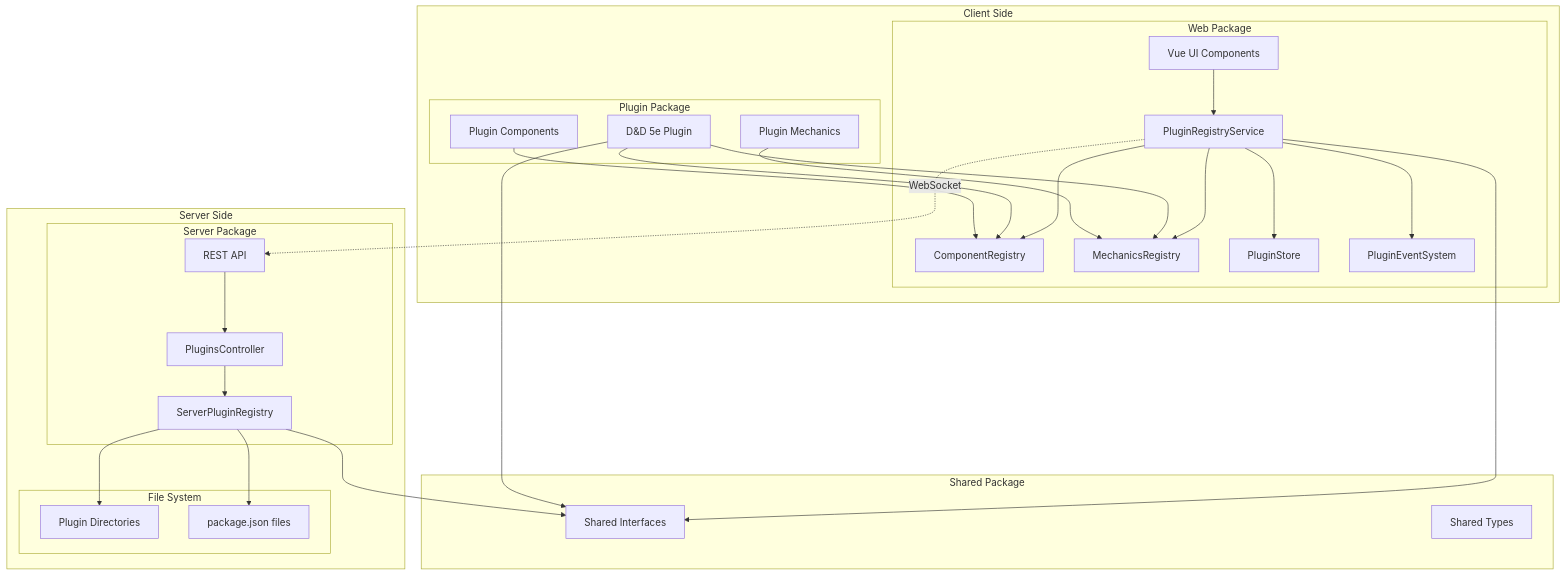
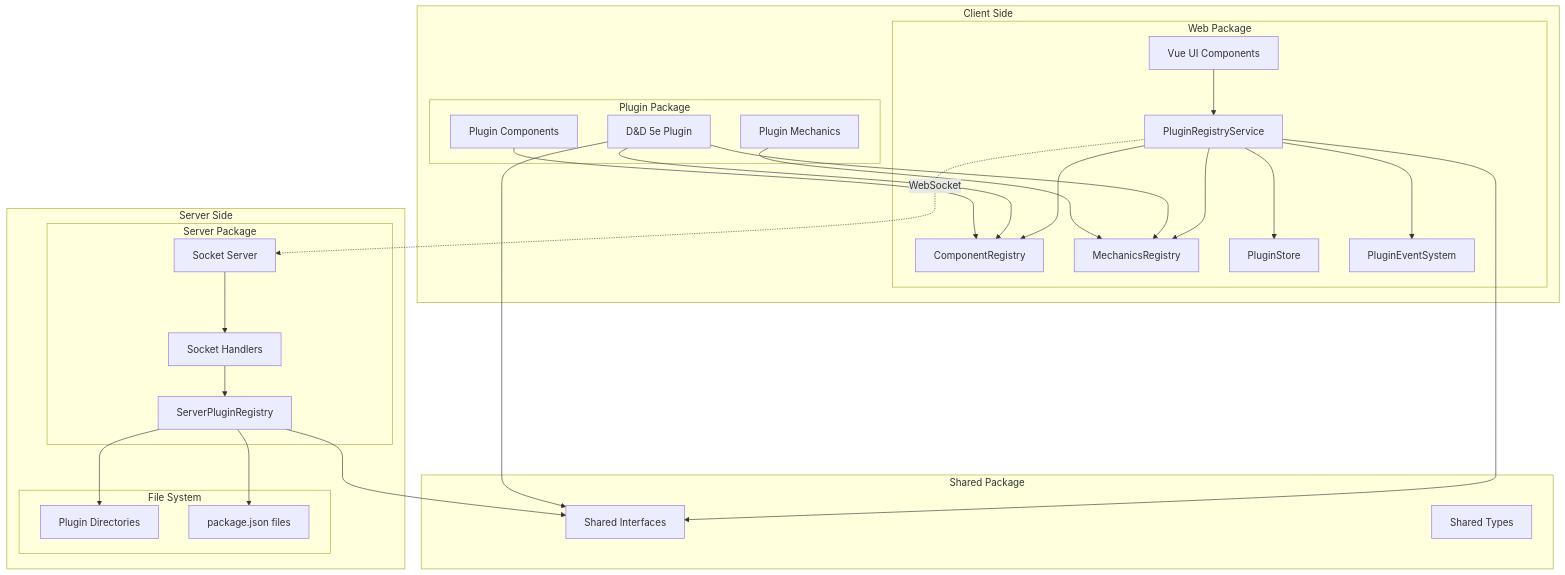
Before and after one commit to mixtli/dungeon-lab: the second of 7 diagrams in docs/plugin-architecture.md, drawn with Mermaid. The commit also changed other lines of this file and 7 other files, not shown here.

````diff
--- a/docs/plugin-architecture.md
+++ b/docs/plugin-architecture.md
@@ -215,63 +215,63 @@
 ```mermaid
 graph TB
     subgraph "Client Side"
         subgraph "Web Package"
             UI[Vue UI Components]
             PRS[PluginRegistryService]
             CR[ComponentRegistry]
             MR[MechanicsRegistry]
             PS[PluginStore]
             PES[PluginEventSystem]
         end
         
         subgraph "Plugin Package"
             DNDP[D&D 5e Plugin]
             PC[Plugin Components]
             PM[Plugin Mechanics]
         end
     end
     
     subgraph "Server Side"
         subgraph "Server Package"
-            API[REST API]
+            SS[Socket Server]
             SPR[ServerPluginRegistry]
-            PC2[PluginsController]
+            SH[Socket Handlers]
         end
         
         subgraph "File System"
             PD[Plugin Directories]
             PJ[package.json files]
         end
     end
     
     subgraph "Shared Package"
         SI[Shared Interfaces]
         ST[Shared Types]
     end
     
     %% Client connections
     UI --> PRS
     PRS --> CR
     PRS --> MR
     PRS --> PS
     PRS --> PES
     
     DNDP --> CR
     DNDP --> MR
     PC --> CR
     PM --> MR
     
     %% Server connections
-    API --> PC2
-    PC2 --> SPR
+    SS --> SH
+    SH --> SPR
     SPR --> PD
     SPR --> PJ
     
     %% Client-Server connection
-    PRS -.->|WebSocket| API
+    PRS -.->|WebSocket| SS
     
     %% Shared connections
     PRS --> SI
     DNDP --> SI
     SPR --> SI
 ```
````
